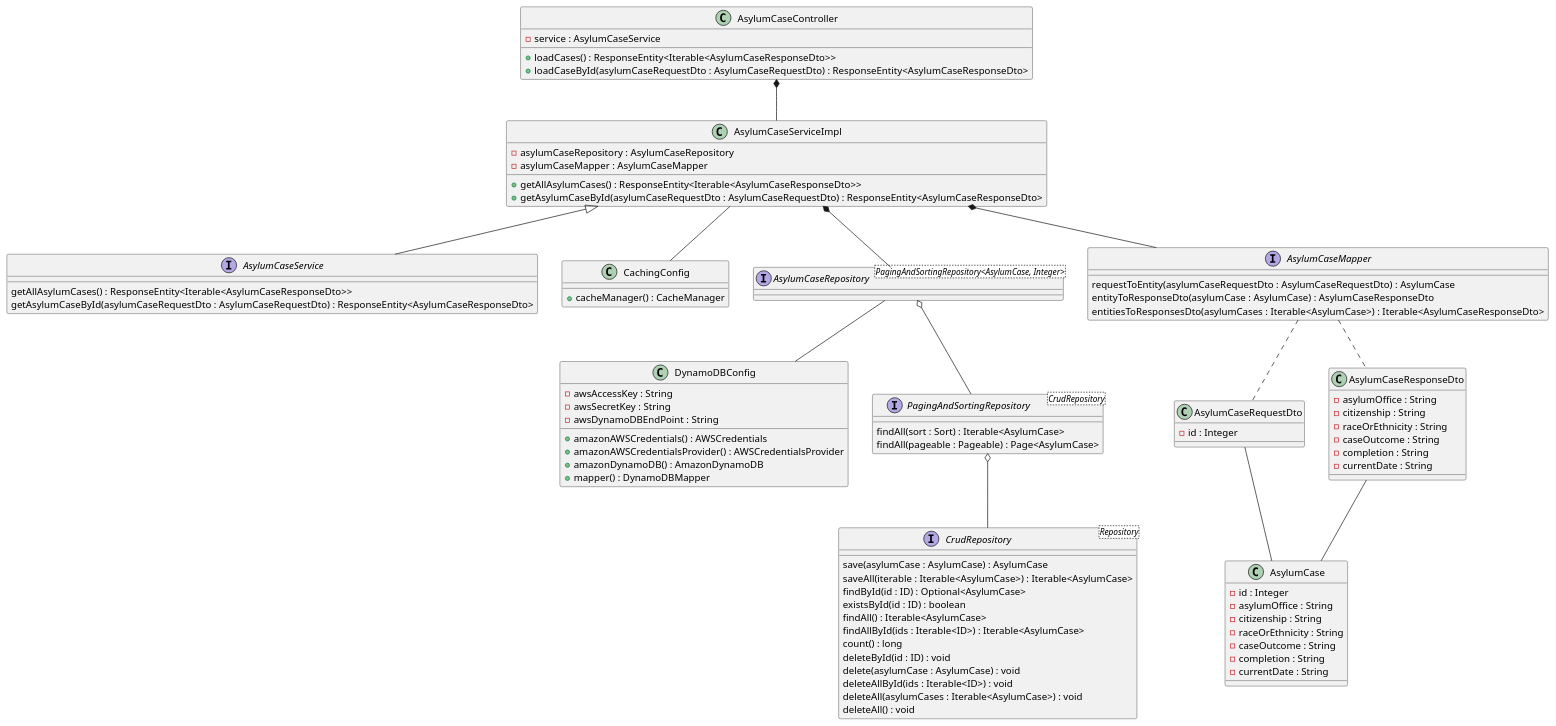
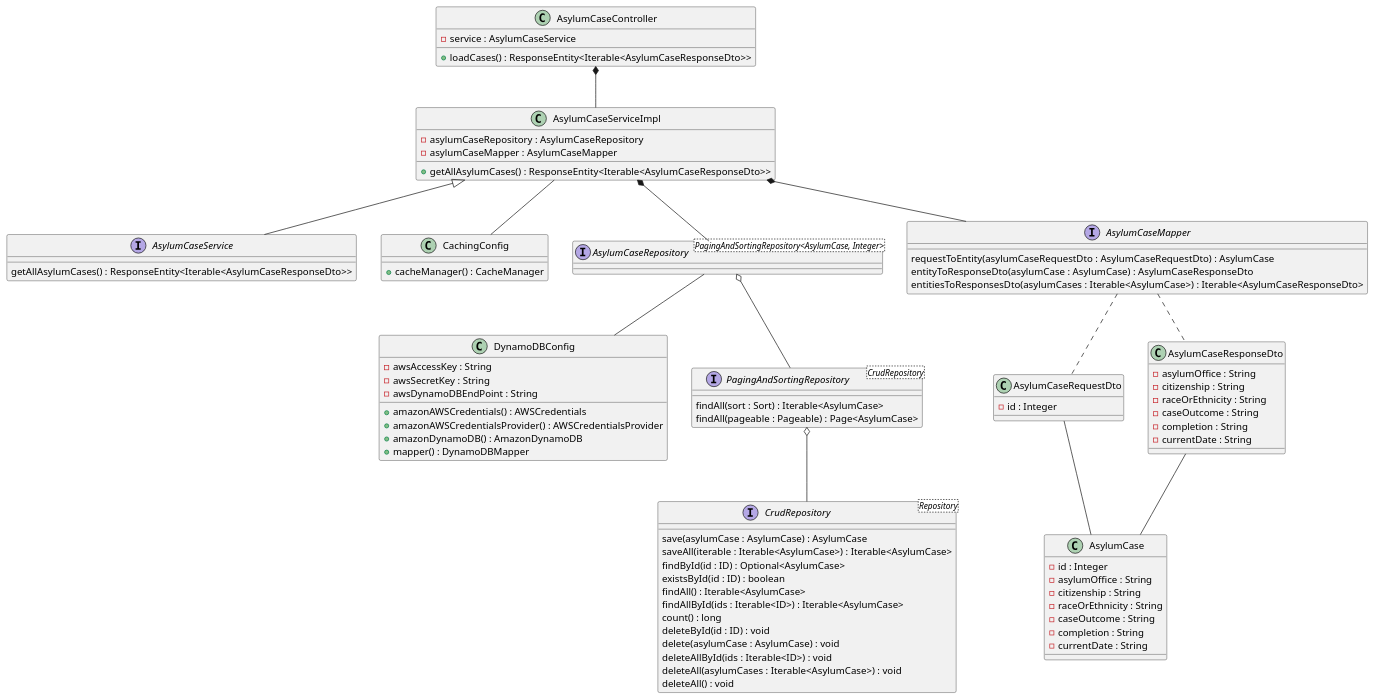
Before and after one commit to BloomTech-Labs/asylum-rg-be-a: the diagram in RELEASE_1_CD.puml, drawn with PlantUML.

Commit message:
Class diagram refactor

```diff
--- a/RELEASE_1_CD.puml
+++ b/RELEASE_1_CD.puml
@@ -1,120 +1,117 @@
 @startuml
 
 'End point mappings
 class AsylumCaseController {
     - service : AsylumCaseService
     + loadCases() : ResponseEntity<Iterable<AsylumCaseResponseDto>>
-    + loadCaseById(asylumCaseRequestDto : AsylumCaseRequestDto) : ResponseEntity<AsylumCaseResponseDto>
 }
 
 
 'Add cache config Annotations in service
 interface AsylumCaseService {
     getAllAsylumCases() : ResponseEntity<Iterable<AsylumCaseResponseDto>>
-    getAsylumCaseById(asylumCaseRequestDto : AsylumCaseRequestDto) : ResponseEntity<AsylumCaseResponseDto>
 }
 
 class AsylumCaseServiceImpl {
     - asylumCaseRepository : AsylumCaseRepository
     - asylumCaseMapper : AsylumCaseMapper
     + getAllAsylumCases() : ResponseEntity<Iterable<AsylumCaseResponseDto>>
-    + getAsylumCaseById(asylumCaseRequestDto : AsylumCaseRequestDto) : ResponseEntity<AsylumCaseResponseDto>
 }
 
 'Config for DynamoDB
 class DynamoDBConfig {
     - awsAccessKey : String
     - awsSecretKey : String
     - awsDynamoDBEndPoint : String
     + amazonAWSCredentials() : AWSCredentials
     + amazonAWSCredentialsProvider() : AWSCredentialsProvider
     + amazonDynamoDB() : AmazonDynamoDB
     + mapper() : DynamoDBMapper
 }
 
 'Config to enable caching
 class CachingConfig {
     + cacheManager() : CacheManager
 }
 
 'repo for DynamoDB calls
 interface AsylumCaseRepository <PagingAndSortingRepository<AsylumCase, Integer>>
 
 'Entity for data model
 class AsylumCase {
     - id : Integer
     - asylumOffice : String
     - citizenship : String
     - raceOrEthnicity : String
     - caseOutcome : String
     - completion : String
     - currentDate : String
 }
 
 class AsylumCaseRequestDto {
     - id : Integer
 }
 
 class AsylumCaseResponseDto {
     - asylumOffice : String
     - citizenship : String
     - raceOrEthnicity : String
     - caseOutcome : String
     - completion : String
     - currentDate : String
 }
 
 ' Part of the  MapStruct dependency
 interface AsylumCaseMapper {
     requestToEntity(asylumCaseRequestDto : AsylumCaseRequestDto) : AsylumCase
     entityToResponseDto(asylumCase : AsylumCase) : AsylumCaseResponseDto
     entitiesToResponsesDto(asylumCases : Iterable<AsylumCase>) : Iterable<AsylumCaseResponseDto>
 }
 
 'Not owned classes & interfaces
 interface PagingAndSortingRepository <CrudRepository> {
     findAll(sort : Sort) : Iterable<AsylumCase>
     findAll(pageable : Pageable) : Page<AsylumCase>
 }
 
 interface CrudRepository <Repository> {
     save(asylumCase : AsylumCase) : AsylumCase
     saveAll(iterable : Iterable<AsylumCase>) : Iterable<AsylumCase>
     findById(id : ID) : Optional<AsylumCase>
     existsById(id : ID) : boolean
     findAll() : Iterable<AsylumCase>
     findAllById(ids : Iterable<ID>) : Iterable<AsylumCase>
     count() : long
     deleteById(id : ID) : void
     delete(asylumCase : AsylumCase) : void
     deleteAllById(ids : Iterable<ID>) : void
     deleteAll(asylumCases : Iterable<AsylumCase>) : void
     deleteAll() : void
 }
 
 AsylumCaseController *-- AsylumCaseServiceImpl
 
 AsylumCaseServiceImpl <|-- AsylumCaseService
 AsylumCaseServiceImpl *-- AsylumCaseRepository
 AsylumCaseServiceImpl *-- AsylumCaseMapper
 AsylumCaseServiceImpl -- CachingConfig
 
 
 AsylumCaseMapper .. AsylumCaseRequestDto
 AsylumCaseMapper .. AsylumCaseResponseDto
 
 AsylumCaseRequestDto -- AsylumCase
 
 AsylumCaseResponseDto -- AsylumCase
 
 AsylumCaseRepository  o-- PagingAndSortingRepository
 AsylumCaseRepository -- DynamoDBConfig
 
 PagingAndSortingRepository  o-- CrudRepository
 
 'Extension/
 'Association <|-- (owner <|-- pet) Implements
 'Composition *-- (pet *-- leg) Instantiation (part of)
 'Aggregation (car o-- wheel) Extends (has a)
 
 @enduml
```
